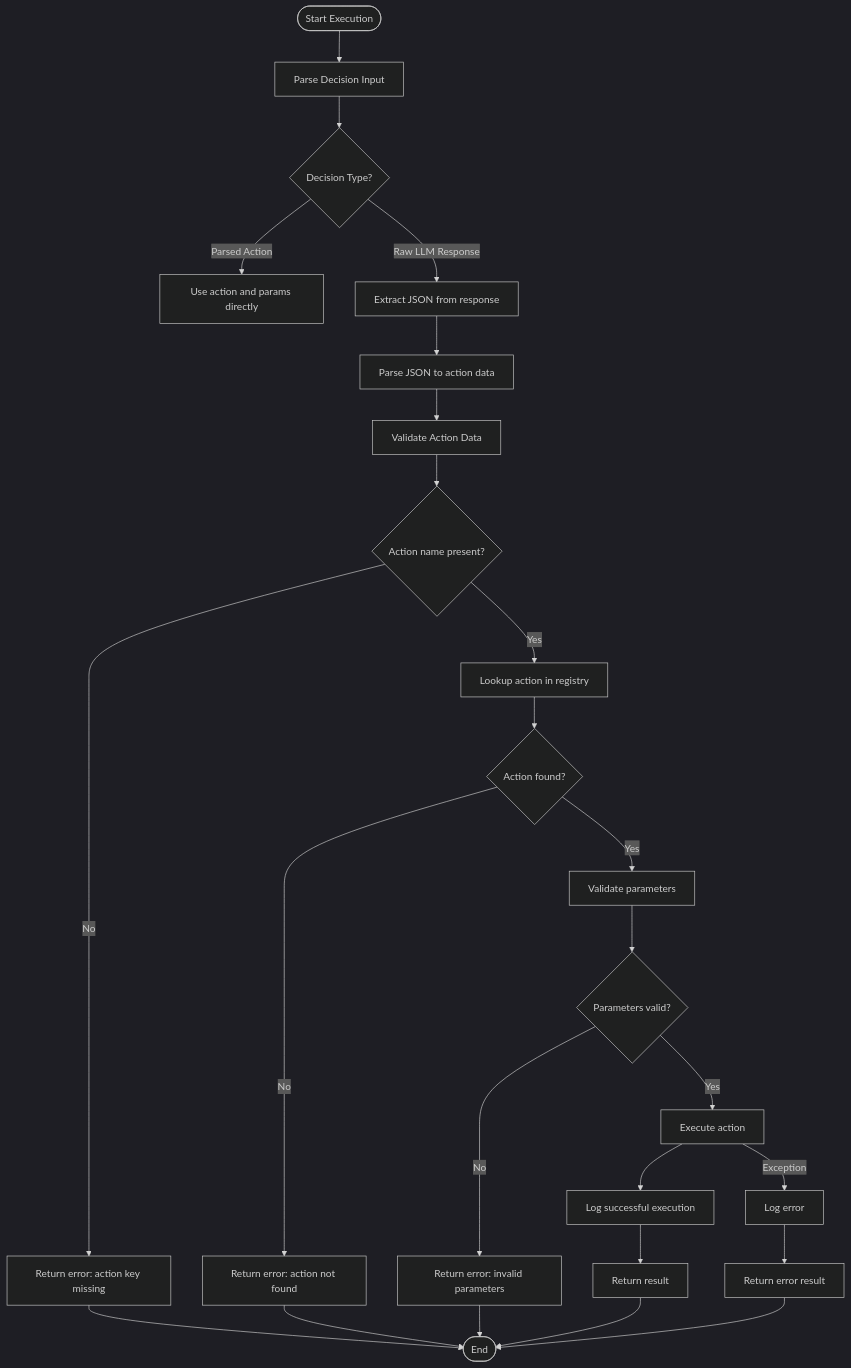
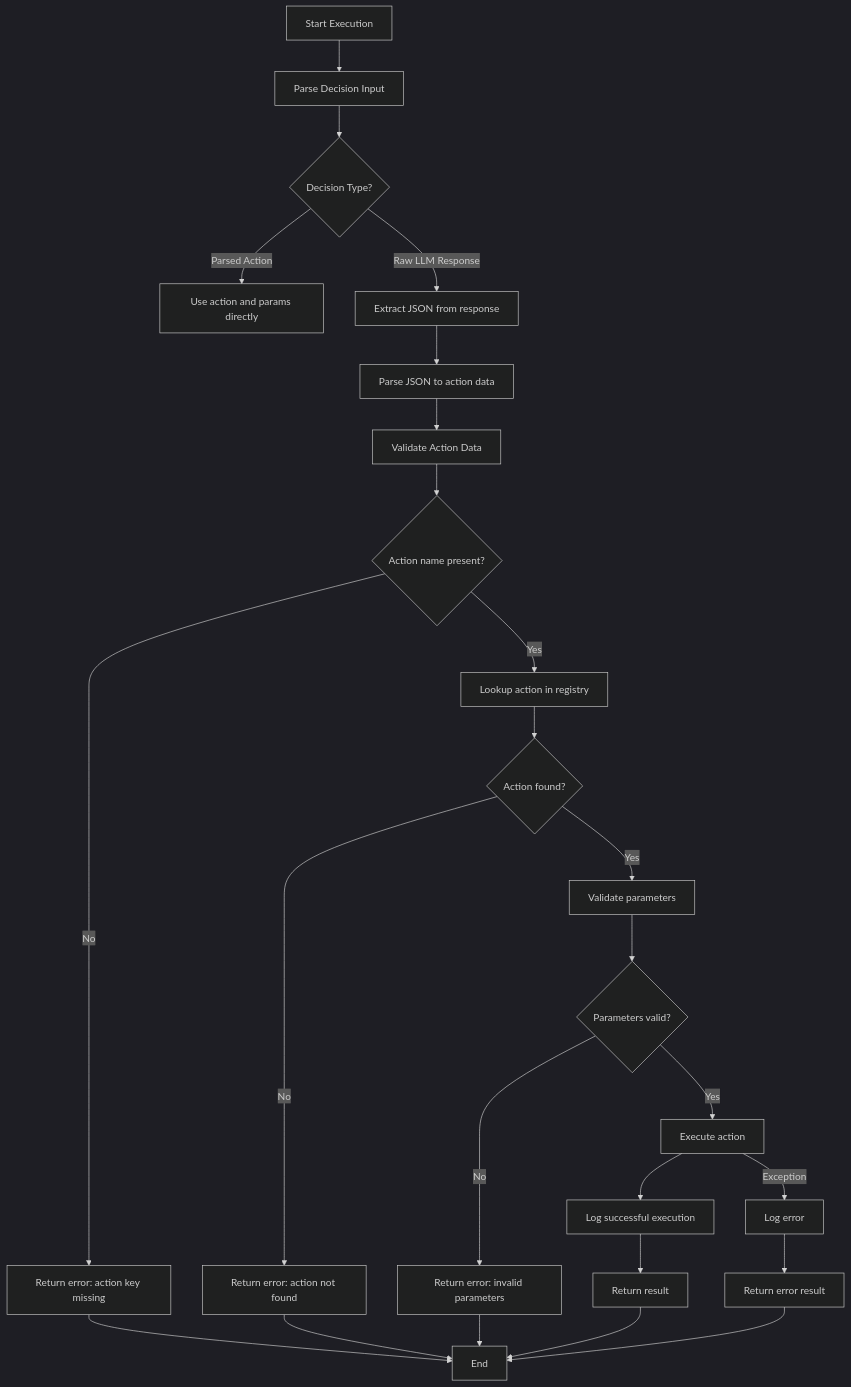
Before and after one commit to Likhithsai2580/RAVANA-WIKI: the fifth of 8 diagrams in docs/Action System/Action Manager.md, drawn with Mermaid (dark theme). The commit also changed other lines of this file and 52 other files, not shown here.

First line of the commit message:
chore(docs): update documentation content, fix Mermaid diagrams, and enhance README

````diff
--- a/docs/Action System/Action Manager.md
+++ b/docs/Action System/Action Manager.md
@@ -194,27 +194,27 @@
 ```mermaid
 flowchart TD
-Start([Start Execution]) --> ParseDecision["Parse Decision Input"]
+Start["Start Execution"] --> ParseDecision["Parse Decision Input"]
 ParseDecision --> DecisionType{"Decision Type?"}
 DecisionType --> |Parsed Action| UseDirect["Use action and params directly"]
 DecisionType --> |Raw LLM Response| ExtractJSON["Extract JSON from response"]
 ExtractJSON --> ParseJSON["Parse JSON to action data"]
 ParseJSON --> ValidateAction["Validate Action Data"]
 ValidateAction --> CheckAction{"Action name present?"}
 CheckAction --> |No| ReturnError1["Return error: action key missing"]
 CheckAction --> |Yes| LookupAction["Lookup action in registry"]
 LookupAction --> ActionFound{"Action found?"}
 ActionFound --> |No| ReturnError2["Return error: action not found"]
 ActionFound --> |Yes| ValidateParams["Validate parameters"]
 ValidateParams --> ParamsValid{"Parameters valid?"}
 ParamsValid --> |No| ReturnError3["Return error: invalid parameters"]
 ParamsValid --> |Yes| ExecuteAction["Execute action"]
 ExecuteAction --> LogSuccess["Log successful execution"]
 ExecuteAction --> |Exception| LogError["Log error"]
 LogSuccess --> ReturnResult["Return result"]
 LogError --> ReturnError4["Return error result"]
-ReturnResult --> End([End])
+ReturnResult --> End["End"]
 ReturnError1 --> End
 ReturnError2 --> End
 ReturnError3 --> End
 ReturnError4 --> End
 ```
````
